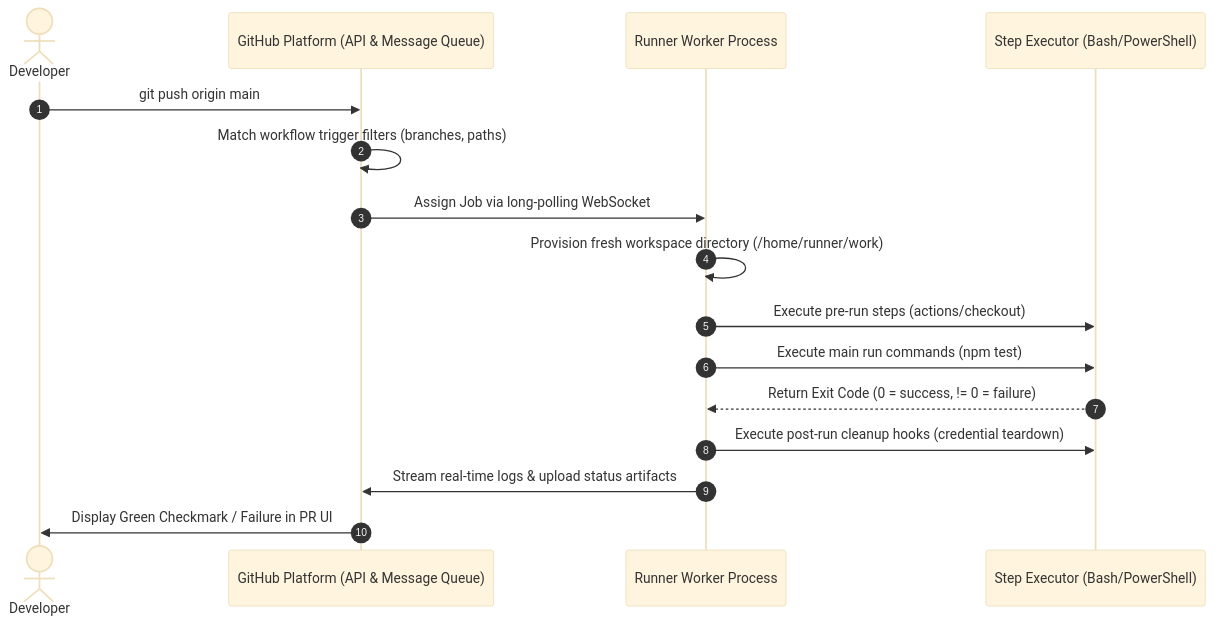
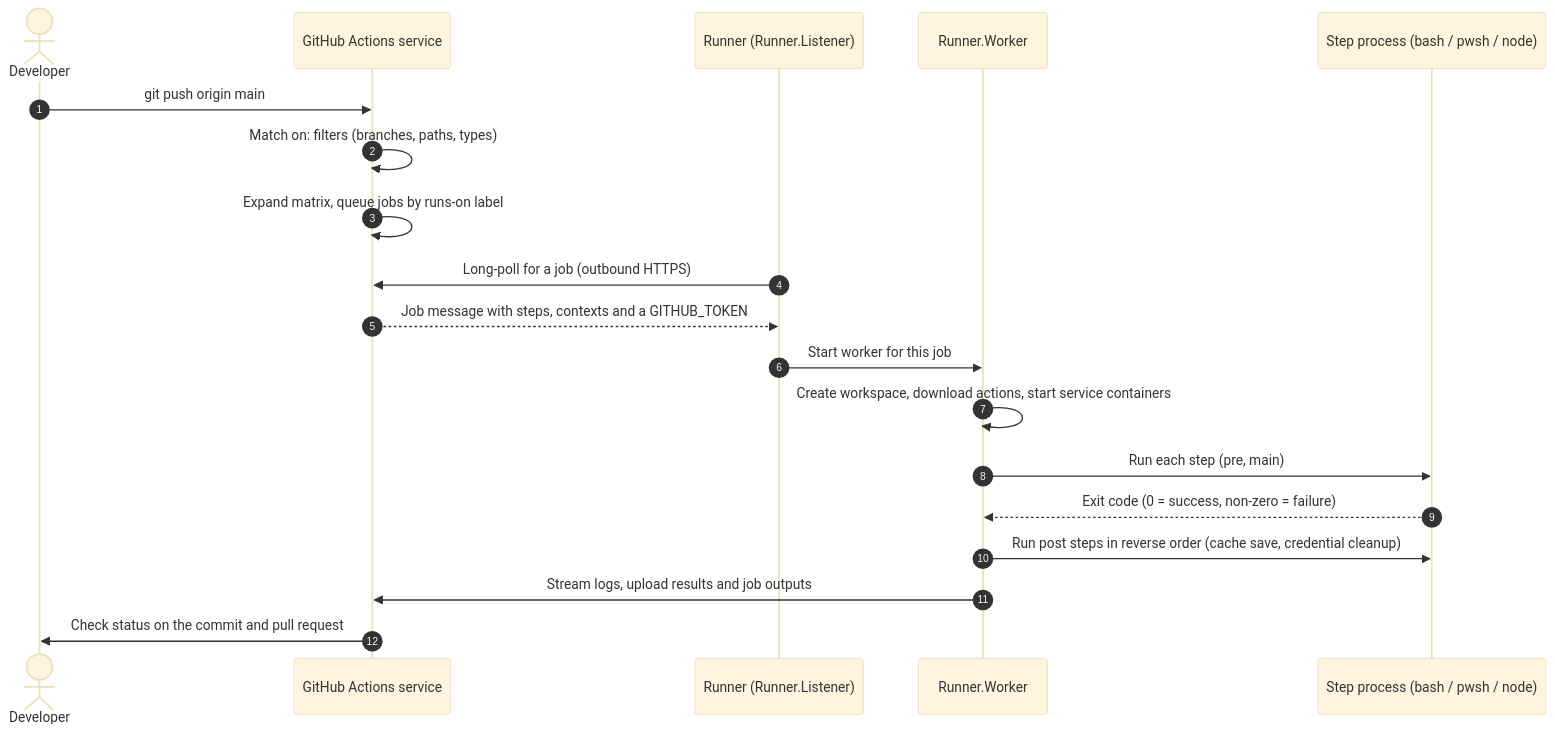
Before and after one commit to TheLearningHubOrg/learn-github-actions: the sixth of 27 diagrams in README.md, drawn with Mermaid (base theme). The commit also changed other lines of this file and 39 other files, not shown here.

````diff
--- a/README.md
+++ b/README.md
@@ -99,19 +487,22 @@
 ```mermaid
 sequenceDiagram
     autonumber
     actor Dev as Developer
-    participant GH as GitHub Platform (API & Message Queue)
-    participant Runner as Runner Worker Process
-    participant Step as Step Executor (Bash/PowerShell)
+    participant GH as GitHub Actions service
+    participant Runner as Runner (Runner.Listener)
+    participant Worker as Runner.Worker
+    participant Step as Step process (bash / pwsh / node)
 
     Dev->>GH: git push origin main
-    GH->>GH: Match workflow trigger filters (branches, paths)
-    GH->>Runner: Assign Job via long-polling WebSocket
-    Runner->>Runner: Provision fresh workspace directory (/home/runner/work)
-    Runner->>Step: Execute pre-run steps (actions/checkout)
-    Runner->>Step: Execute main run commands (npm test)
-    Step-->>Runner: Return Exit Code (0 = success, != 0 = failure)
-    Runner->>Step: Execute post-run cleanup hooks (credential teardown)
-    Runner->>GH: Stream real-time logs & upload status artifacts
-    GH->>Dev: Display Green Checkmark / Failure in PR UI
+    GH->>GH: Match on: filters (branches, paths, types)
+    GH->>GH: Expand matrix, queue jobs by runs-on label
+    Runner->>GH: Long-poll for a job (outbound HTTPS)
+    GH-->>Runner: Job message with steps, contexts and a GITHUB_TOKEN
+    Runner->>Worker: Start worker for this job
+    Worker->>Worker: Create workspace, download actions, start service containers
+    Worker->>Step: Run each step (pre, main)
+    Step-->>Worker: Exit code (0 = success, non-zero = failure)
+    Worker->>Step: Run post steps in reverse order (cache save, credential cleanup)
+    Worker->>GH: Stream logs, upload results and job outputs
+    GH->>Dev: Check status on the commit and pull request
 ```
````
